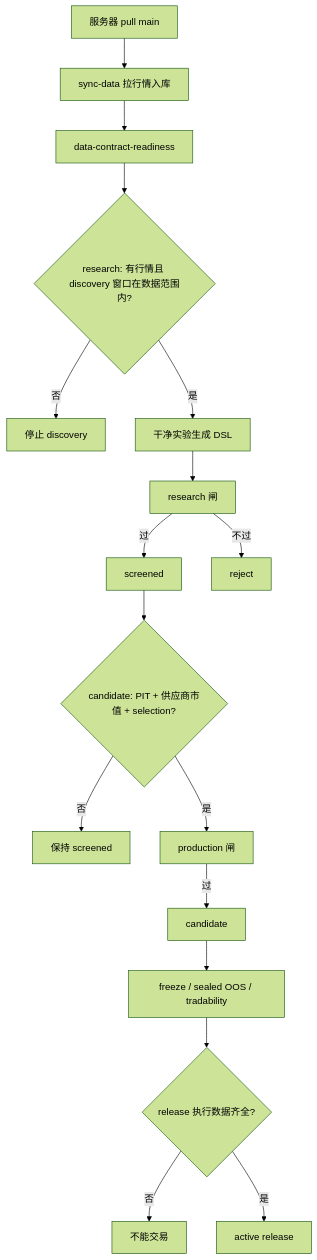
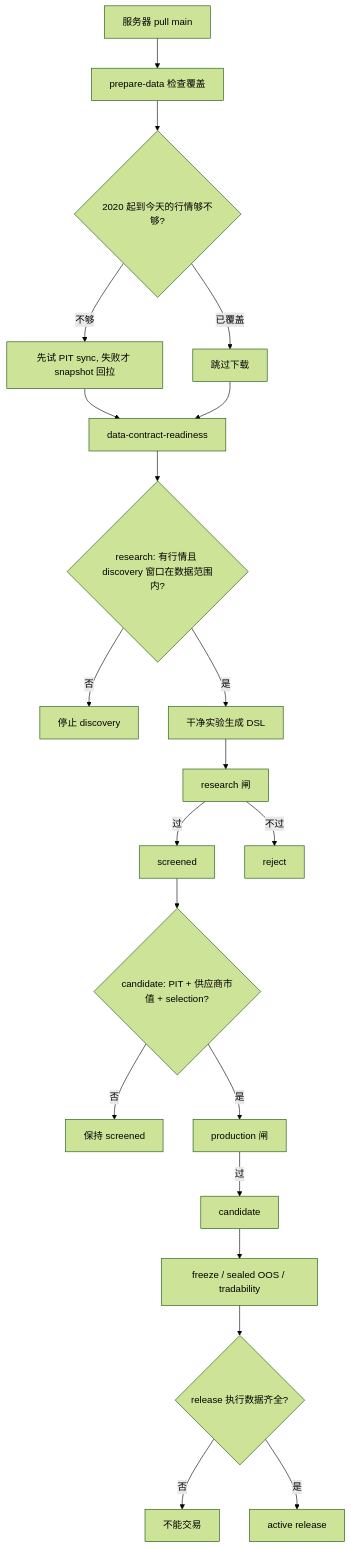
Before and after one commit to CnOxx1/EvoQuantFactor: the diagram in README.md, drawn with Mermaid (forest theme). The commit also changed other lines of this file and 7 other files, not shown here.

First line of the commit message:
feat: add data prepare gate before factor production

````diff
--- a/README.md
+++ b/README.md
@@ -97,19 +97,23 @@
 ```mermaid
 flowchart TD
-    A[服务器 pull main] --> B[sync-data 拉行情入库]
-    B --> C[data-contract-readiness]
-    C --> D{research: 有行情且 discovery 窗口在数据范围内?}
-    D -->|否| E[停止 discovery]
-    D -->|是| F[干净实验生成 DSL]
-    F --> G[research 闸]
-    G -->|过| H[screened]
-    G -->|不过| I[reject]
-    H --> J{candidate: PIT + 供应商市值 + selection?}
-    J -->|否| K[保持 screened]
-    J -->|是| L[production 闸]
-    L -->|过| M[candidate]
-    M --> N[freeze / sealed OOS / tradability]
-    N --> O{release 执行数据齐全?}
-    O -->|否| P[不能交易]
-    O -->|是| Q[active release]
+    A[服务器 pull main] --> B[prepare-data 检查覆盖]
+    B --> C{2020 起到今天的行情够不够?}
+    C -->|不够| D[先试 PIT sync, 失败才 snapshot 回拉]
+    C -->|已覆盖| E[跳过下载]
+    D --> F[data-contract-readiness]
+    E --> F
+    F --> G{research: 有行情且 discovery 窗口在数据范围内?}
+    G -->|否| H[停止 discovery]
+    G -->|是| I[干净实验生成 DSL]
+    I --> J[research 闸]
+    J -->|过| K[screened]
+    J -->|不过| L[reject]
+    K --> M{candidate: PIT + 供应商市值 + selection?}
+    M -->|否| N[保持 screened]
+    M -->|是| O[production 闸]
+    O -->|过| P[candidate]
+    P --> Q[freeze / sealed OOS / tradability]
+    Q --> R{release 执行数据齐全?}
+    R -->|否| S[不能交易]
+    R -->|是| T[active release]
 ```
````
